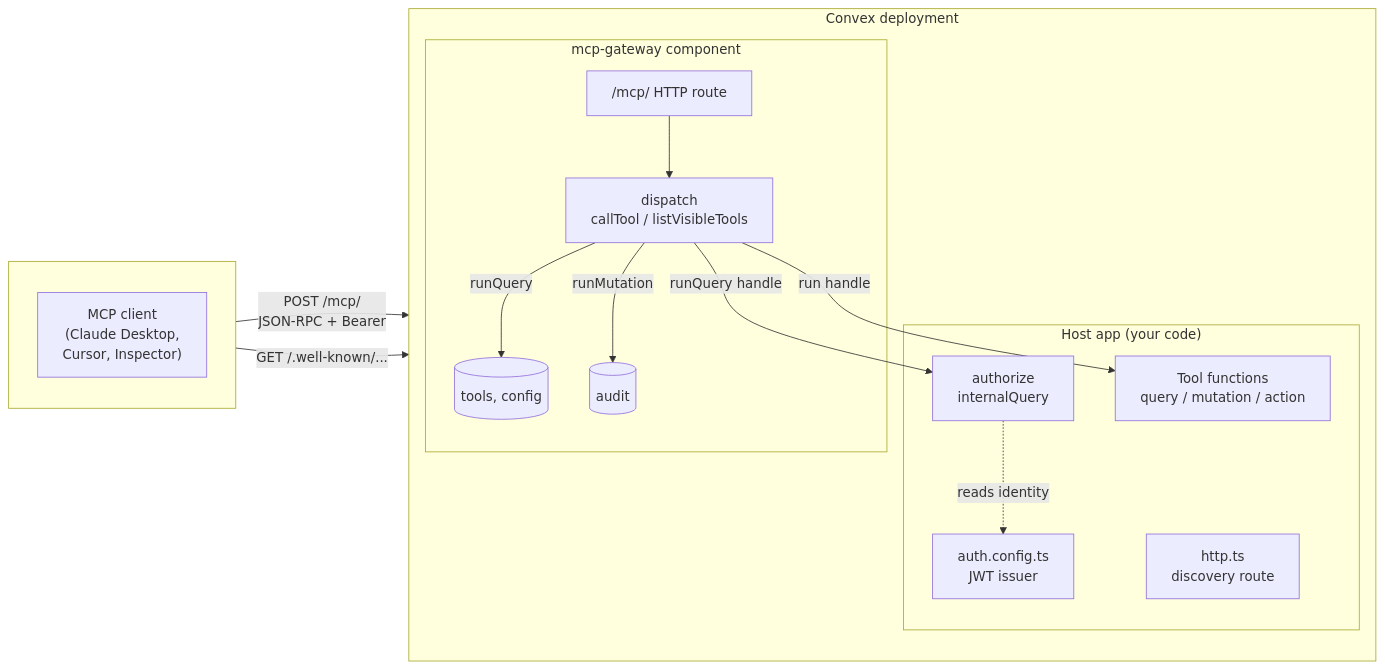
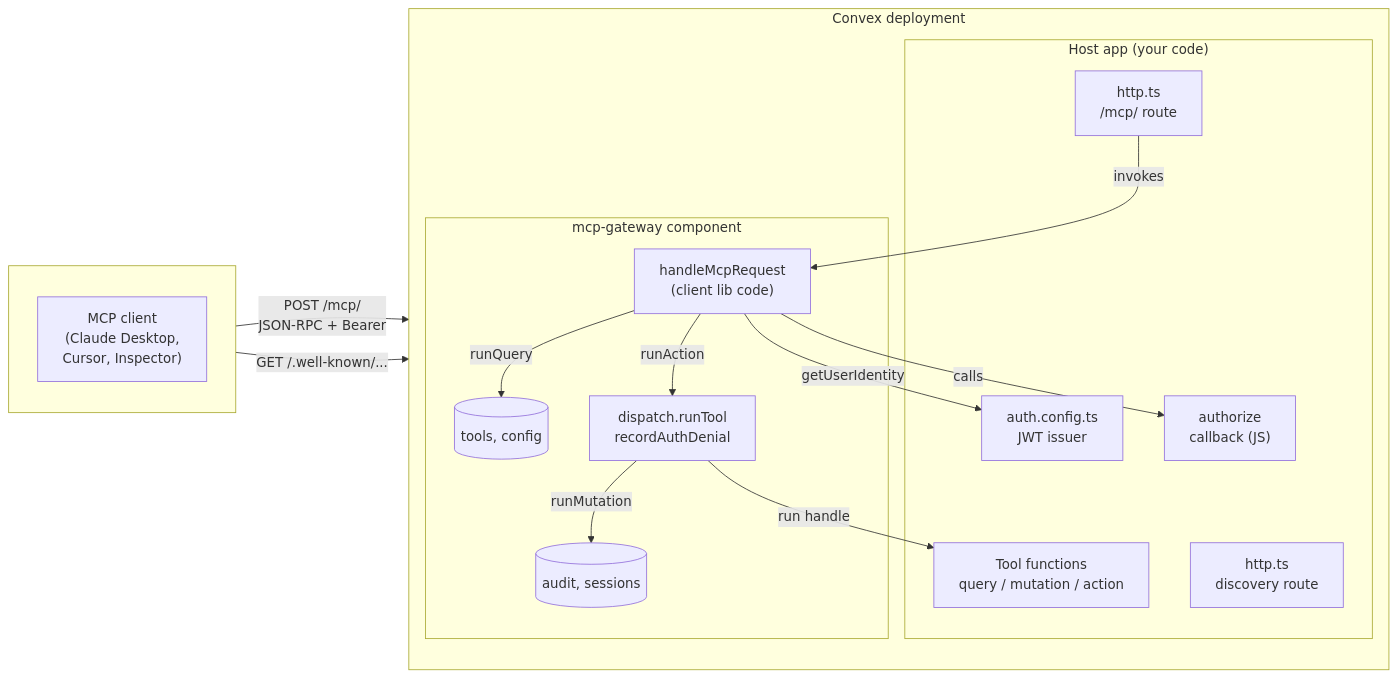
The first of 5 diagrams in docs/architecture.md (Firef0x/convex-mcp-gateway), drawn with Mermaid before and after one commit. The commit also changed other lines of this file and 9 other files, not shown here.

First line of the commit message:
docs: rewrite for callback-based authorize, redraw hero diagram

````diff
--- a/docs/architecture.md
+++ b/docs/architecture.md
@@ -10,32 +27,34 @@
 ```mermaid
 flowchart LR
   subgraph Client[" "]
     direction TB
     MCP["MCP client<br/>(Claude Desktop,<br/>Cursor, Inspector)"]
   end
 
   subgraph Convex["Convex deployment"]
     direction TB
     subgraph Host["Host app (your code)"]
       AuthCfg["auth.config.ts<br/>JWT issuer"]
-      Authorizer["authorize<br/>internalQuery"]
+      MCPRoute["http.ts<br/>/mcp/ route"]
+      Authorize["authorize<br/>callback (JS)"]
       Tools["Tool functions<br/>query / mutation / action"]
-      HostHttp["http.ts<br/>discovery route"]
+      Discovery["http.ts<br/>discovery route"]
     end
     subgraph Component["mcp-gateway component"]
-      MCPHttp["/mcp/ HTTP route"]
-      Dispatch["dispatch<br/>callTool / listVisibleTools"]
+      Handler["handleMcpRequest<br/>(client lib code)"]
+      Dispatch["dispatch.runTool<br/>recordAuthDenial"]
       Registry[("tools, config")]
-      Audit[("audit")]
+      Audit[("audit, sessions")]
     end
   end
 
-  MCP -->|POST /mcp/<br/>JSON-RPC + Bearer| MCPHttp
-  MCP -->|GET /.well-known/...| HostHttp
-  MCPHttp --> Dispatch
-  Dispatch -->|runQuery| Registry
-  Dispatch -->|runQuery handle| Authorizer
+  MCP -->|POST /mcp/<br/>JSON-RPC + Bearer| MCPRoute
+  MCP -->|GET /.well-known/...| Discovery
+  MCPRoute -->|invokes| Handler
+  Handler -->|getUserIdentity| AuthCfg
+  Handler -->|calls| Authorize
+  Handler -->|runQuery| Registry
+  Handler -->|runAction| Dispatch
   Dispatch -->|run handle| Tools
   Dispatch -->|runMutation| Audit
-  Authorizer -.->|reads identity| AuthCfg
 ```
````
